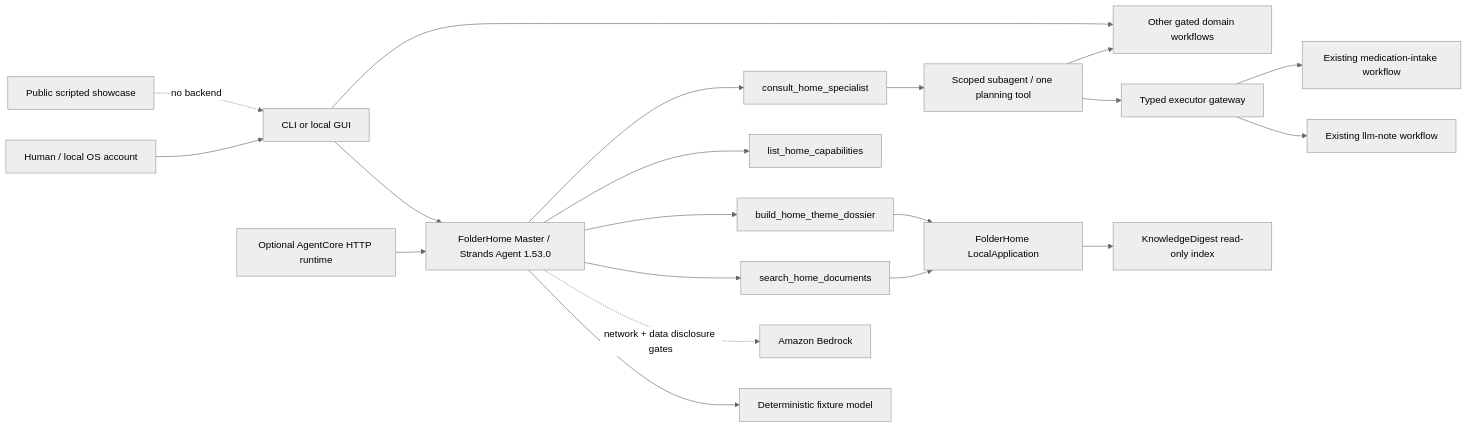
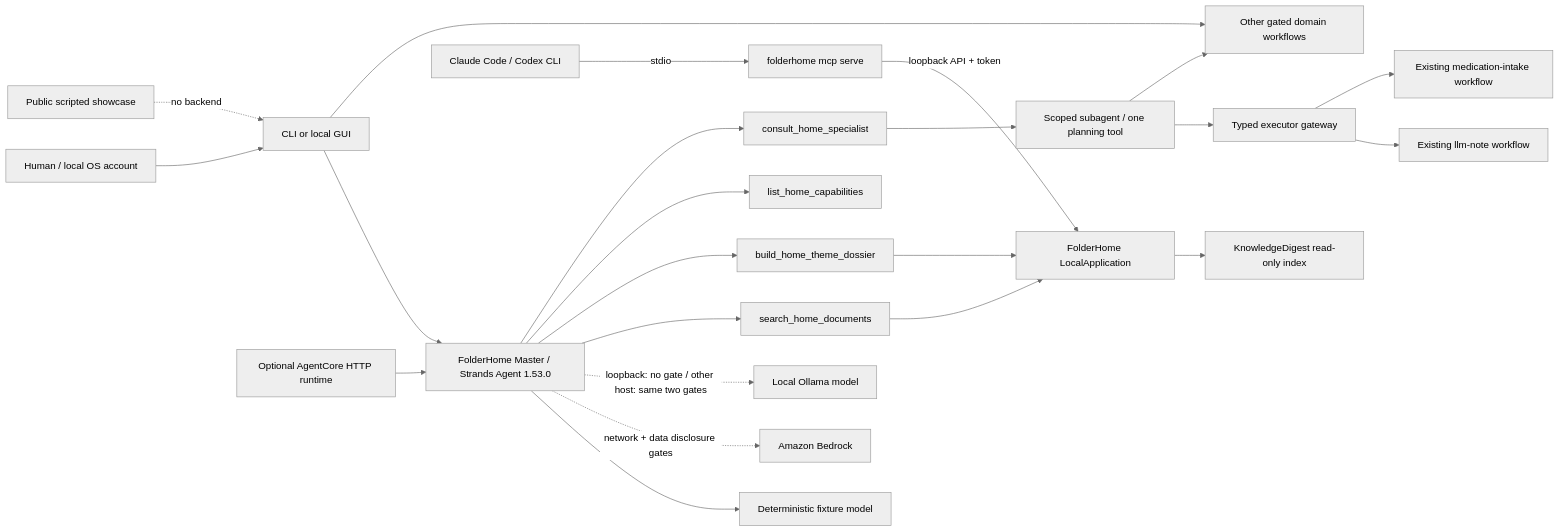
Before and after one commit to ellmos-ai/FolderHome: the diagram in README.md, drawn with Mermaid (neutral theme). The commit also changed other lines of this file and 7 other files, not shown here.

First line of the commit message:
docs: describe the local model provider and the MCP integration in EN and DE

````diff
--- a/README.md
+++ b/README.md
@@ -96,22 +96,25 @@
 ```mermaid
 flowchart LR
   H[Human / local OS account] --> UI[CLI or local GUI]
   UI --> A[FolderHome Master / Strands Agent 1.53.0]
   PUB[Public scripted showcase] -. no backend .-> UI
   AC[Optional AgentCore HTTP runtime] --> A
   A --> F[Deterministic fixture model]
   A -. network + data disclosure gates .-> B[Amazon Bedrock]
+  A -. loopback: no gate / other host: same two gates .-> O[Local Ollama model]
   A --> S[search_home_documents]
   A --> D[build_home_theme_dossier]
   A --> C[list_home_capabilities]
   A --> X[consult_home_specialist]
   X --> P[Scoped subagent / one planning tool]
   P --> E[Typed executor gateway]
   E --> N[Existing llm-note workflow]
   E --> M[Existing medication-intake workflow]
   S --> L[FolderHome LocalApplication]
   D --> L
   L --> K[KnowledgeDigest read-only index]
+  MCP[Claude Code / Codex CLI] -- stdio --> PX[folderhome mcp serve]
+  PX -- loopback API + token --> L
   UI --> W[Other gated domain workflows]
   P --> W
 ```
````
